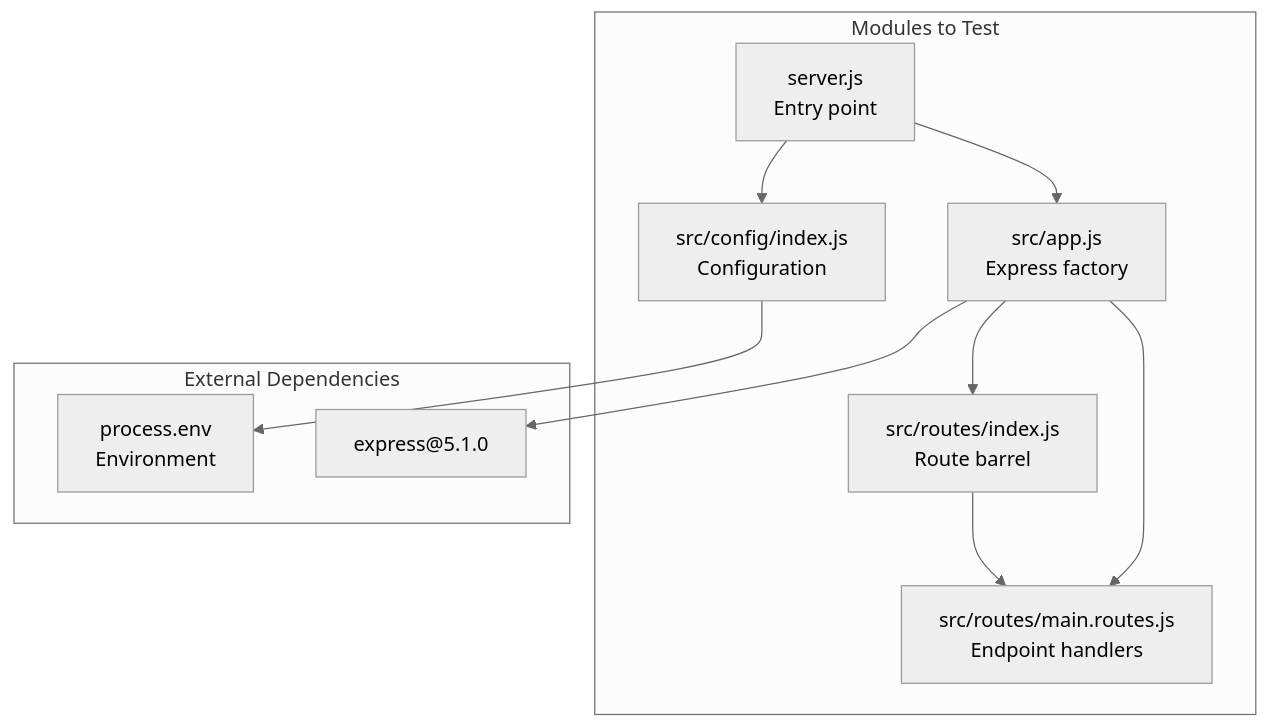
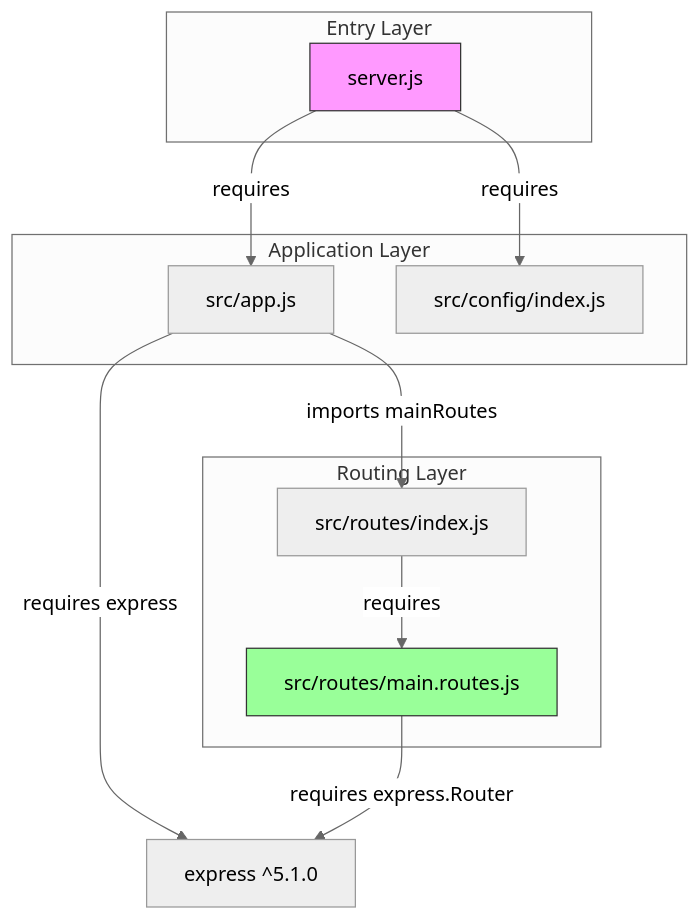
The first of 4 diagrams in blitzy/documentation/Technical Specifications.md (sudhanshu-spec/test-spec), drawn with Mermaid (neutral theme) before and after one commit. The commit also changed other lines of this file, not shown here.

````diff
--- a/blitzy/documentation/Technical Specifications.md
+++ b/blitzy/documentation/Technical Specifications.md
@@ -174,23 +125,26 @@
 ```mermaid
-flowchart TB
-    subgraph TestTargets["Modules to Test"]
-        ServerJS["server.js<br/>Entry point"]
-        AppJS["src/app.js<br/>Express factory"]
-        ConfigJS["src/config/index.js<br/>Configuration"]
-        MainRoutes["src/routes/main.routes.js<br/>Endpoint handlers"]
-        RouteIndex["src/routes/index.js<br/>Route barrel"]
+graph TB
+    subgraph Entry["Entry Layer"]
+        SERVER[server.js]
     end
     
-    subgraph Dependencies["External Dependencies"]
-        Express["express@5.1.0"]
-        ProcessEnv["process.env<br/>Environment"]
+    subgraph App["Application Layer"]
+        APP[src/app.js]
+        CONFIG[src/config/index.js]
     end
     
-    ServerJS --> AppJS
-    ServerJS --> ConfigJS
-    AppJS --> MainRoutes
-    AppJS --> RouteIndex
-    RouteIndex --> MainRoutes
-    AppJS --> Express
-    ConfigJS --> ProcessEnv
+    subgraph Routes["Routing Layer"]
+        BARREL[src/routes/index.js]
+        MAIN[src/routes/main.routes.js]
+    end
+    
+    SERVER -->|requires| APP
+    SERVER -->|requires| CONFIG
+    APP -->|requires express| EXPRESS[express ^5.1.0]
+    APP -->|imports mainRoutes| BARREL
+    BARREL -->|requires| MAIN
+    MAIN -->|requires express.Router| EXPRESS
+    
+    style SERVER fill:#f9f,stroke:#333
+    style MAIN fill:#9f9,stroke:#333
 ```
````
